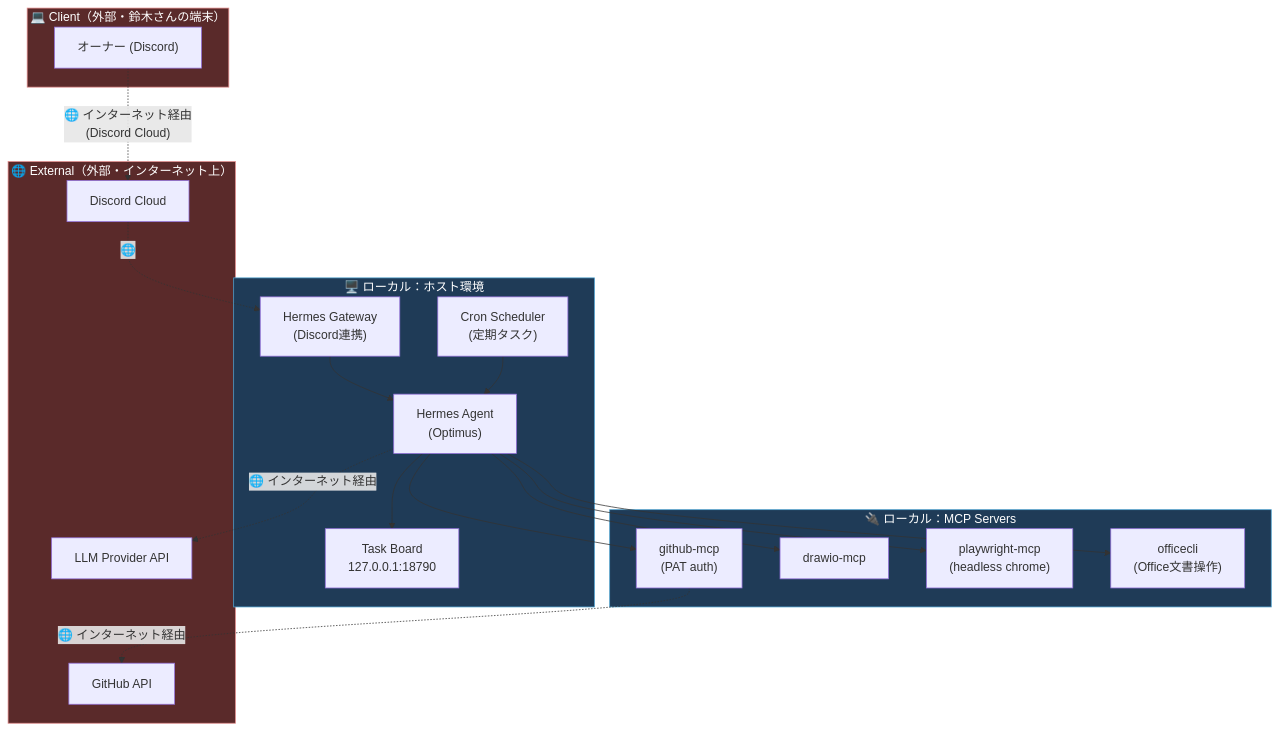
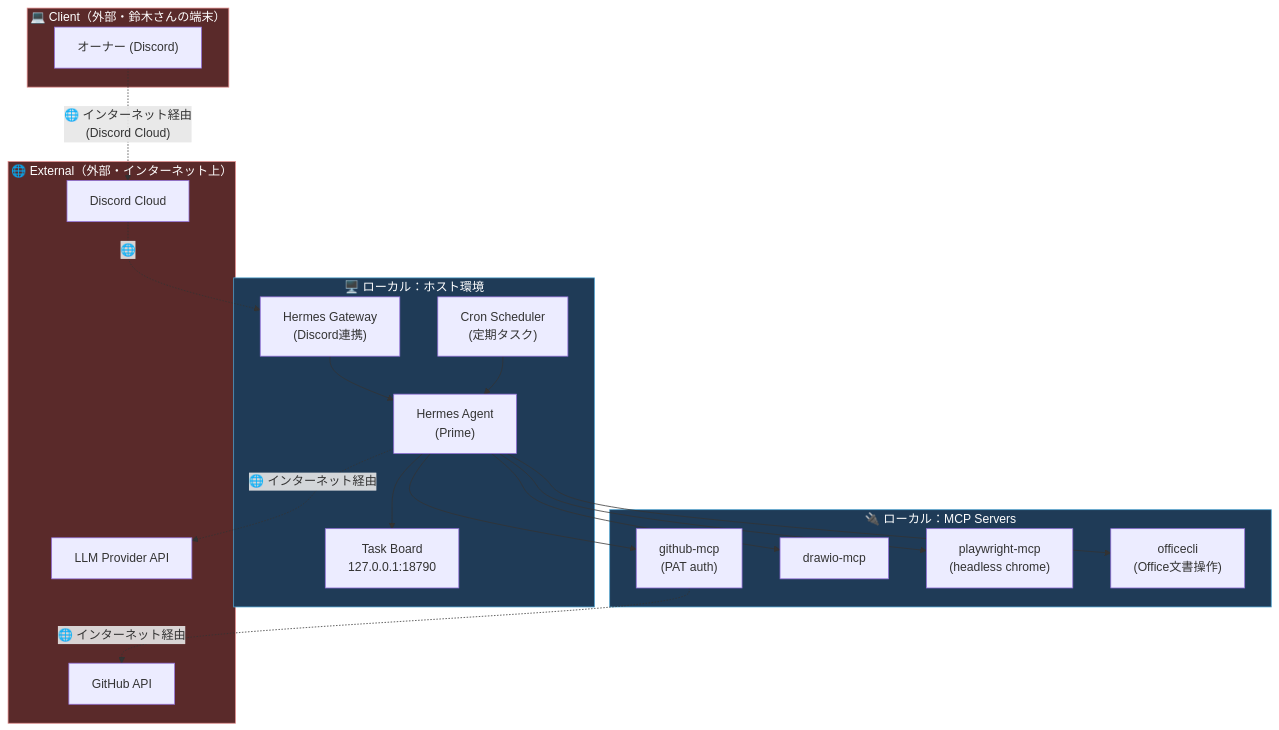
The diagram in README.md (TakahitoSuzukiii/public-hermes-01), drawn with Mermaid before and after one commit. The commit also changed other lines of this file and 4 other files, not shown here.

````diff
--- a/README.md
+++ b/README.md
@@ -24,43 +24,43 @@
 ```mermaid
 flowchart TD
     subgraph client["💻 Client（外部・鈴木さんの端末）"]
         user["オーナー (Discord)"]
     end
 
     subgraph host["🖥️ ローカル：ホスト環境"]
         gateway["Hermes Gateway<br/>(Discord連携)"]
-        agent["Hermes Agent<br/>(Optimus)"]
+        agent["Hermes Agent<br/>(Prime)"]
         cron["Cron Scheduler<br/>(定期タスク)"]
         board["Task Board<br/>127.0.0.1:18790"]
     end
 
     subgraph mcp["🔌 ローカル：MCP Servers"]
         github_mcp["github-mcp<br/>(PAT auth)"]
         drawio_mcp["drawio-mcp"]
         playwright_mcp["playwright-mcp<br/>(headless chrome)"]
         officecli_mcp["officecli<br/>(Office文書操作)"]
     end
 
     subgraph ext["🌐 External（外部・インターネット上）"]
         discord_cloud["Discord Cloud"]
         llm_api["LLM Provider API"]
         github_api["GitHub API"]
     end
 
     user -. "🌐 インターネット経由<br/>(Discord Cloud)" .-> discord_cloud
     discord_cloud -. "🌐" .-> gateway
     gateway --> agent
     cron --> agent
     agent -. "🌐 インターネット経由" .-> llm_api
     agent --> github_mcp
     github_mcp -. "🌐 インターネット経由" .-> github_api
     agent --> drawio_mcp
     agent --> playwright_mcp
     agent --> officecli_mcp
     agent --> board
 
     classDef localBox fill:#1f3b57,stroke:#4fa3d1,color:#ffffff
     classDef externalBox fill:#5a2a2a,stroke:#e08a8a,color:#ffffff
     class host,mcp localBox
     class client,ext externalBox
 ```
````
